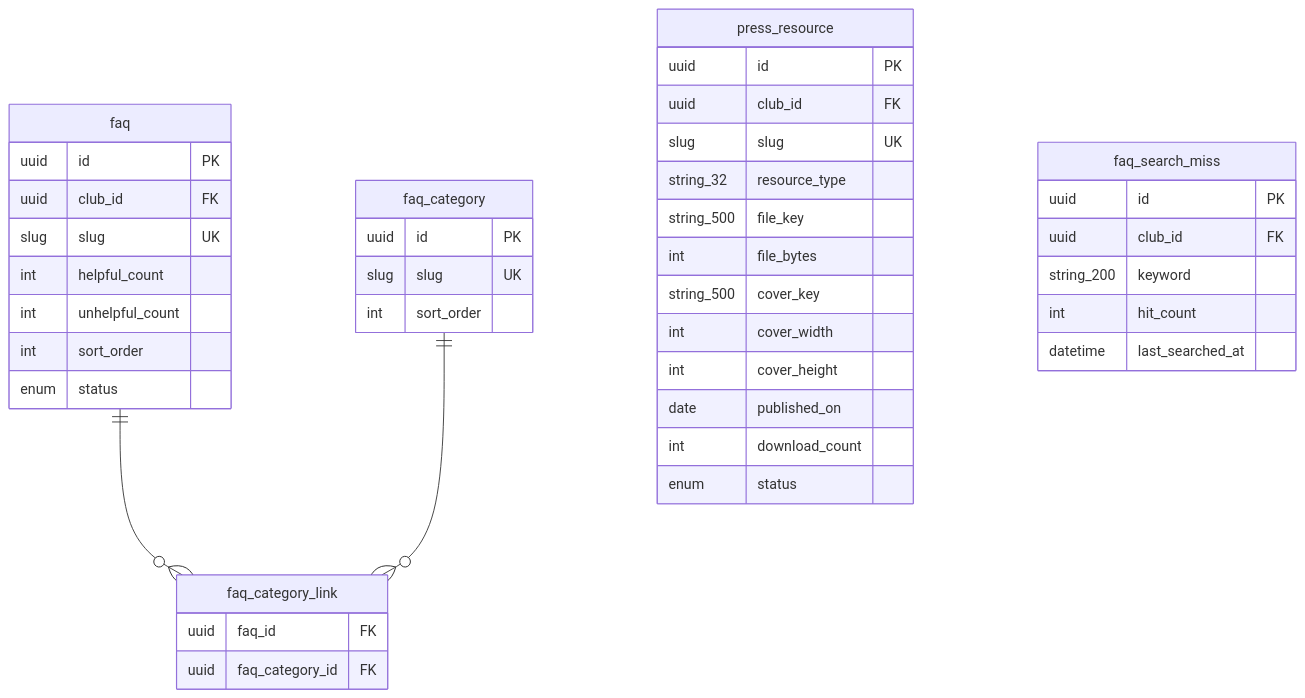
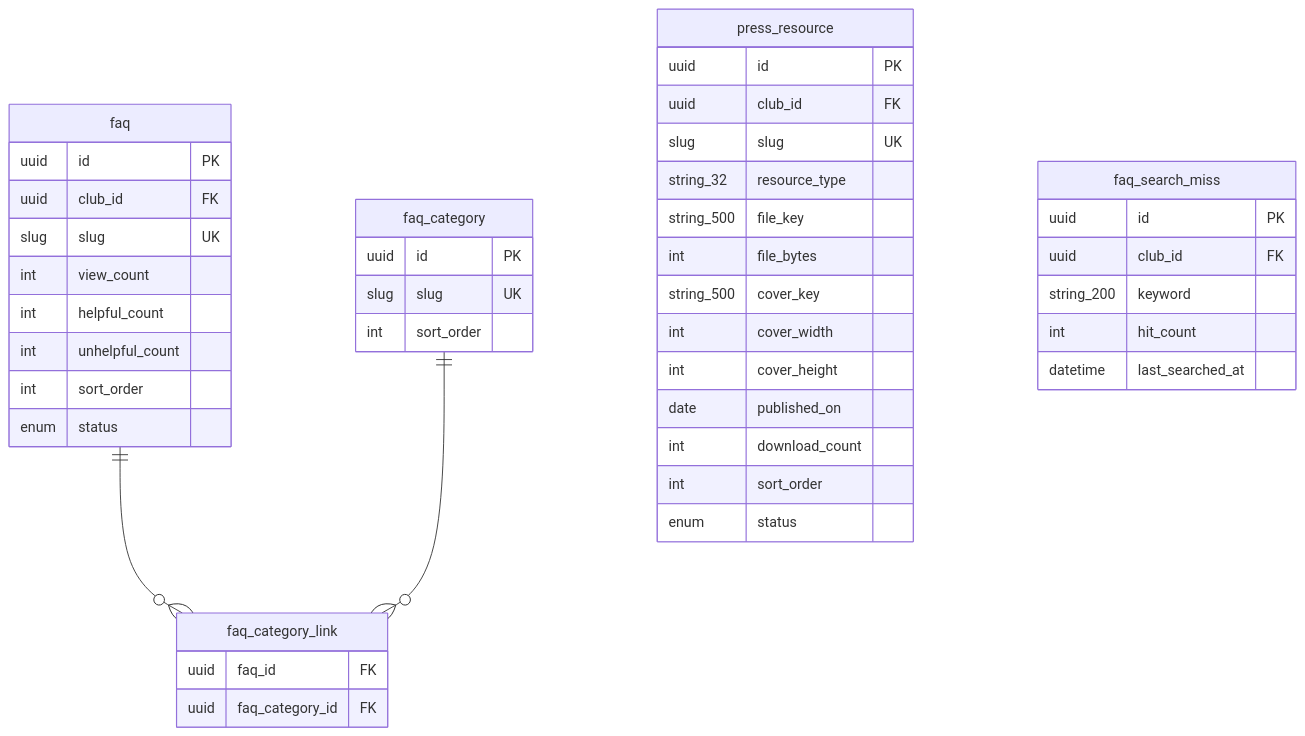
Before and after one commit to waiting0201/tcrfc: the second of 16 diagrams in docs/12a-database-erd.md, drawn with Mermaid. The commit also changed other lines of this file and 3 other files, not shown here.

````diff
--- a/docs/12a-database-erd.md
+++ b/docs/12a-database-erd.md
@@ -114,44 +114,46 @@
 ```mermaid
 erDiagram
   faq ||--o{ faq_category_link : ""
   faq_category ||--o{ faq_category_link : ""
   press_resource {
     uuid id PK
     uuid club_id FK
     slug slug UK
     string_32 resource_type
     string_500 file_key
     int file_bytes
     string_500 cover_key
     int cover_width
     int cover_height
     date published_on
     int download_count
+    int sort_order
     enum status
   }
   faq {
     uuid id PK
     uuid club_id FK
     slug slug UK
+    int view_count
     int helpful_count
     int unhelpful_count
     int sort_order
     enum status
   }
   faq_category {
     uuid id PK
     slug slug UK
     int sort_order
   }
   faq_category_link {
     uuid faq_id FK
     uuid faq_category_id FK
   }
   faq_search_miss {
     uuid id PK
     uuid club_id FK
     string_200 keyword
     int hit_count
     datetime last_searched_at
   }
 ```
````
